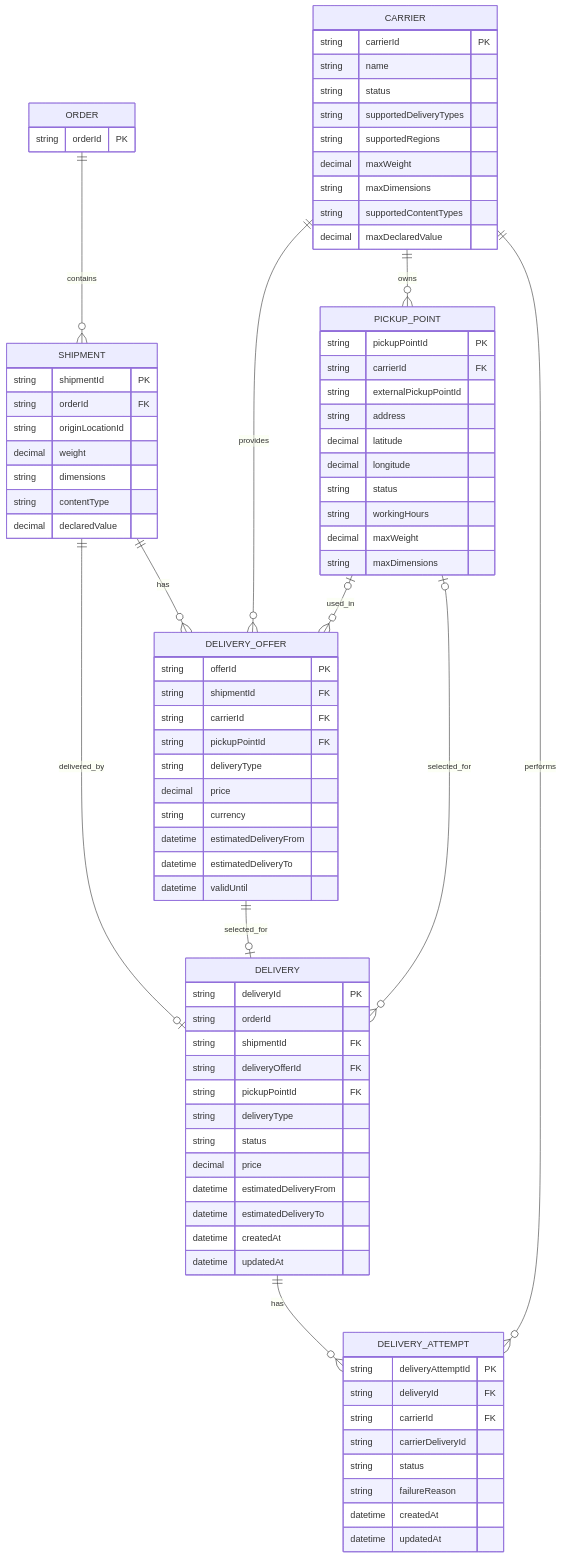
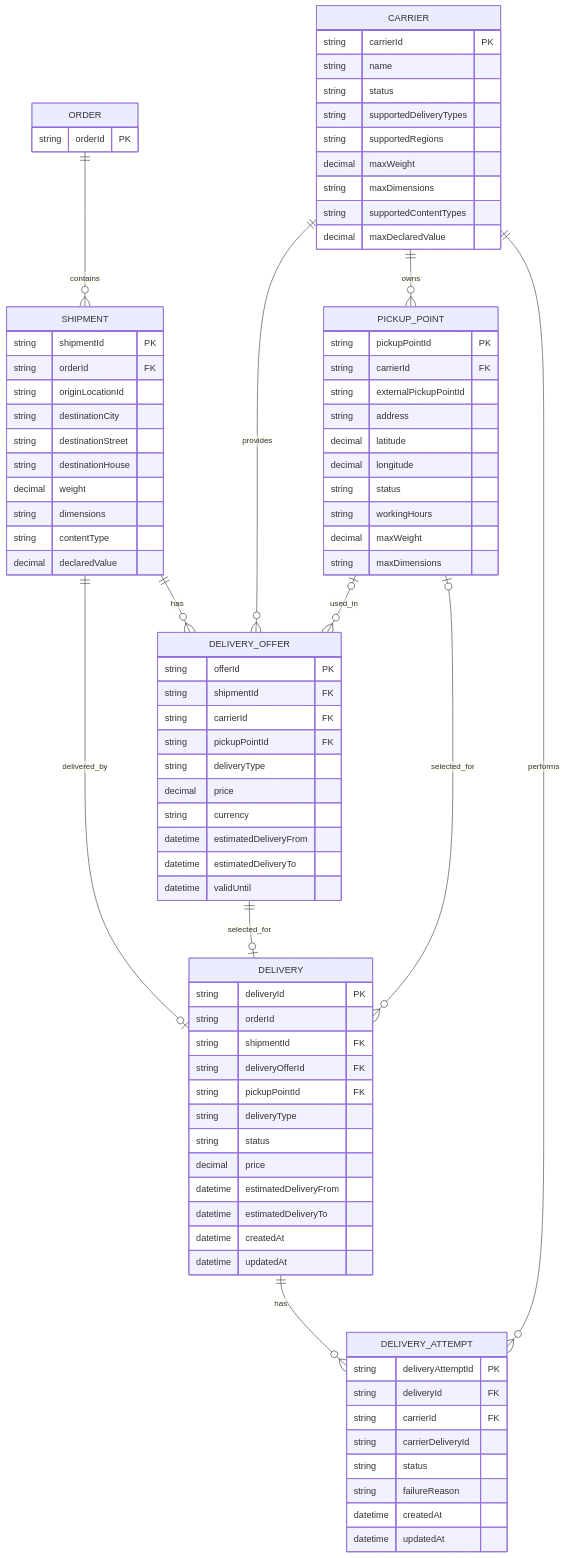
One commit to the-chill-ocean/delivery-orchestration-platform changed the diagram in docs/04-data-model.md. Above: the diagram before and after it, drawn with Mermaid. The commit also changed other lines of this file, not shown here.

```diff
--- a/docs/04-data-model.md
+++ b/docs/04-data-model.md
@@ -28,13 +28,16 @@
     }
 
     SHIPMENT {
-        string shipmentId PK
-        string orderId FK
-        string originLocationId
-        decimal weight
-        string dimensions
-        string contentType
-        decimal declaredValue
+    string shipmentId PK
+    string orderId FK
+    string originLocationId
+    string destinationCity
+    string destinationStreet
+    string destinationHouse
+    decimal weight
+    string dimensions
+    string contentType
+    decimal declaredValue
     }
 
     DELIVERY_OFFER {
```
